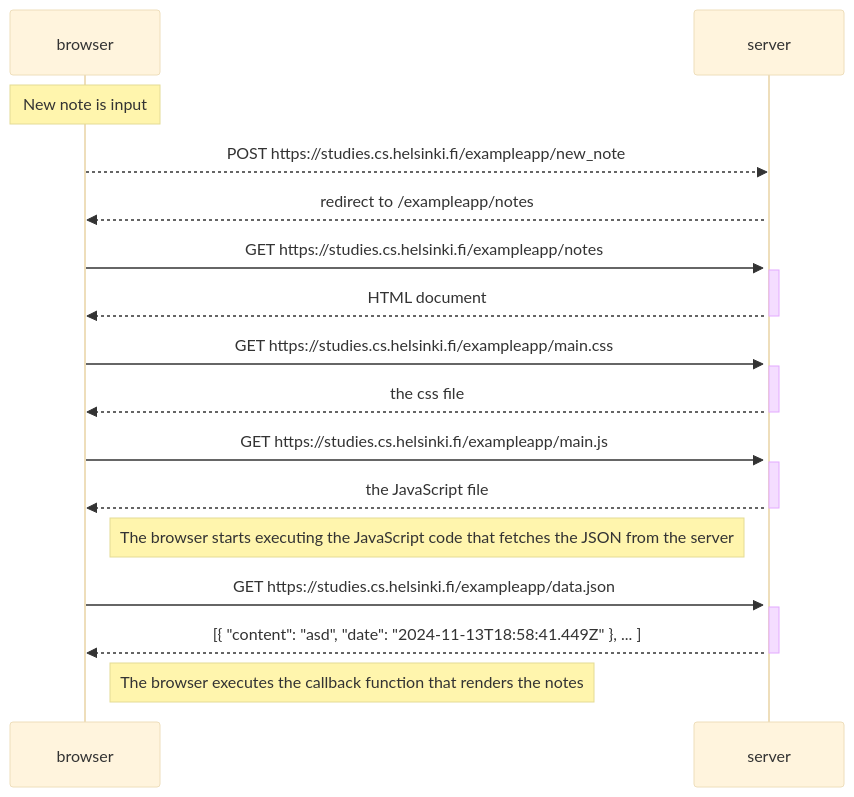
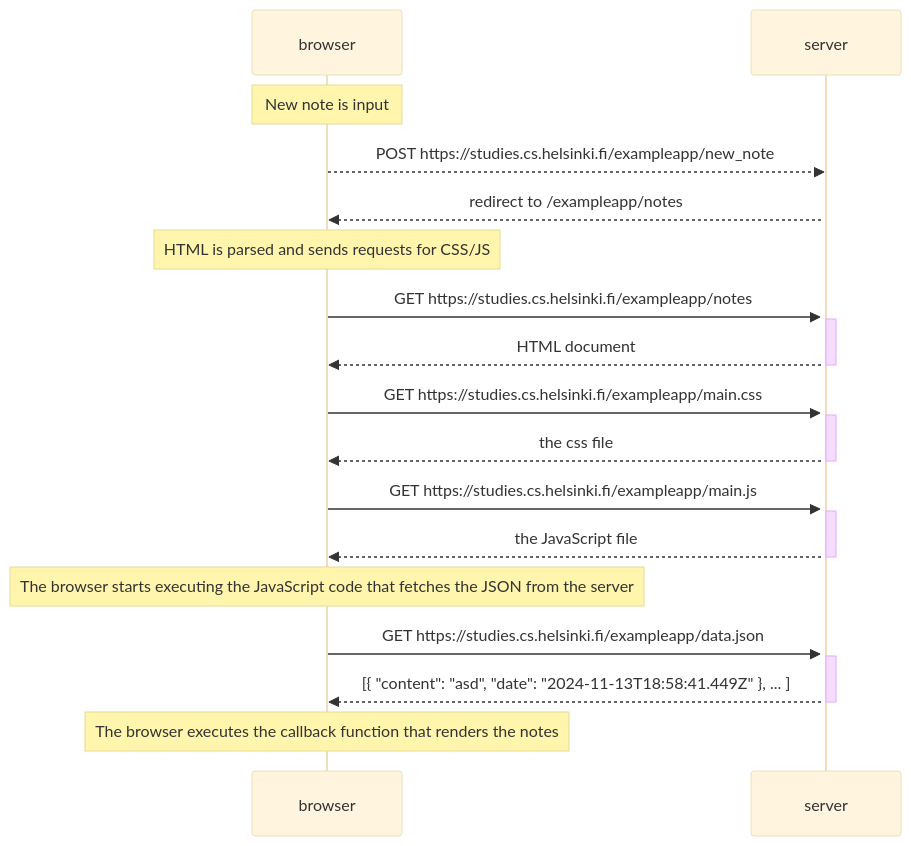
The diagram in part0/0.4.md (jagordon97/fullstackopen), drawn with Mermaid (base theme) before and after one commit. The commit also changed 1 other file, not shown here.

Commit message:
added html parsing for css/js requests to both files

````diff
--- a/part0/0.4.md
+++ b/part0/0.4.md
@@ -1,34 +1,34 @@
 ```mermaid
 sequenceDiagram
     participant browser
     participant server
 
     Note over browser: New note is input
     browser-->>server: POST https://studies.cs.helsinki.fi/exampleapp/new_note
     activate server 
     server-->>browser: redirect to /exampleapp/notes
-
+    Note over browser: HTML is parsed and sends requests for CSS/JS
     browser->>server: GET https://studies.cs.helsinki.fi/exampleapp/notes
     activate server
     server-->>browser: HTML document
     deactivate server
 
     browser->>server: GET https://studies.cs.helsinki.fi/exampleapp/main.css
     activate server
     server-->>browser: the css file
     deactivate server
 
     browser->>server: GET https://studies.cs.helsinki.fi/exampleapp/main.js
     activate server
     server-->>browser: the JavaScript file
     deactivate server
 
-    Note right of browser: The browser starts executing the JavaScript code that fetches the JSON from the server
+    Note over browser: The browser starts executing the JavaScript code that fetches the JSON from the server
 
     browser->>server: GET https://studies.cs.helsinki.fi/exampleapp/data.json
     activate server
     server-->>browser: [{ "content": "asd", "date": "2024-11-13T18:58:41.449Z" }, ... ]
     deactivate server
 
-    Note right of browser: The browser executes the callback function that renders the notes
+    Note over browser: The browser executes the callback function that renders the notes
 ```
````
